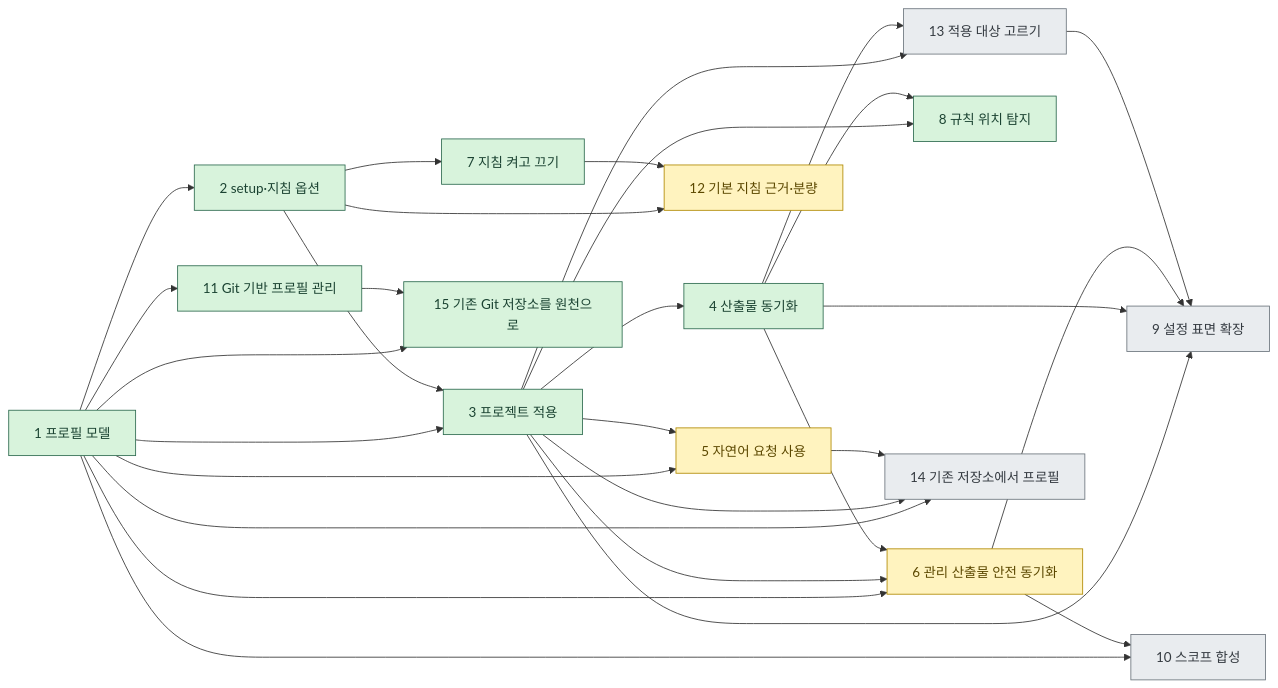
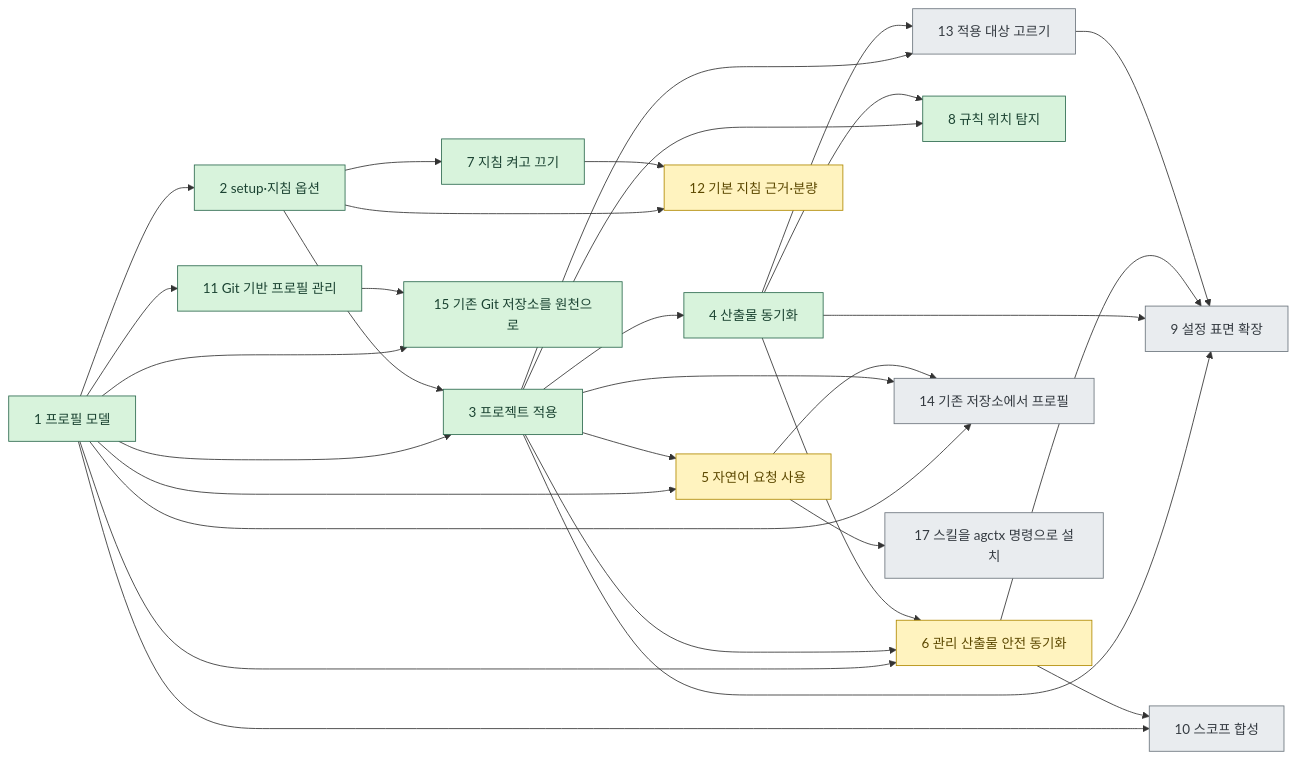
One commit to IsthisLee/agent-context-manager changed the diagram in docs/discussion/architecture/README.md. Above: the diagram before and after it, drawn with Mermaid. The commit also changed other lines of this file and 6 other files, not shown here.

First line of the commit message:
docs: 에이전트 스킬을 agctx install로 설치하는 논의를 연다

````diff
--- a/docs/discussion/architecture/README.md
+++ b/docs/discussion/architecture/README.md
@@ -38,39 +39,40 @@
 ```mermaid
 flowchart LR
   S1["1 프로필 모델"] --> S2["2 setup·지침 옵션"]
   S1 --> S3["3 프로젝트 적용"]
   S2 --> S3
   S3 --> S4["4 산출물 동기화"]
   S1 --> S5["5 자연어 요청 사용"]
   S3 --> S5
   S1 --> S6["6 관리 산출물 안전 동기화"]
   S3 --> S6
   S4 --> S6
   S2 --> S7["7 지침 켜고 끄기"]
   S3 --> S8["8 규칙 위치 탐지"]
   S4 --> S8
   S3 --> S9["9 설정 표면 확장"]
   S4 --> S9
   S6 --> S9
   S1 --> S10["10 스코프 합성"]
   S6 --> S10
   S1 --> S11["11 Git 기반 프로필 관리"]
   S2 --> S12["12 기본 지침 근거·분량"]
   S7 --> S12
   S3 --> S13["13 적용 대상 고르기"]
   S4 --> S13
   S13 --> S9
   S1 --> S14["14 기존 저장소에서 프로필"]
   S3 --> S14
   S5 --> S14
   S1 --> S15["15 기존 Git 저장소를 원천으로"]
   S11 --> S15
+  S5 --> S17["17 스킬을 agctx 명령으로 설치"]
   classDef done fill:#d8f3dc,stroke:#2d6a4f,color:#1b4332
   classDef doing fill:#fff3bf,stroke:#b08900,color:#5c4800
   classDef todo fill:#e9ecef,stroke:#6c757d,color:#343a40
   %% agctx:generated:stage-classes:start
   class S1,S2,S3,S4,S7,S8,S11,S15 done
   class S5,S6,S12 doing
-  class S9,S10,S13,S14 todo
+  class S9,S10,S13,S14,S17 todo
   %% agctx:generated:stage-classes:end
 ```
````
